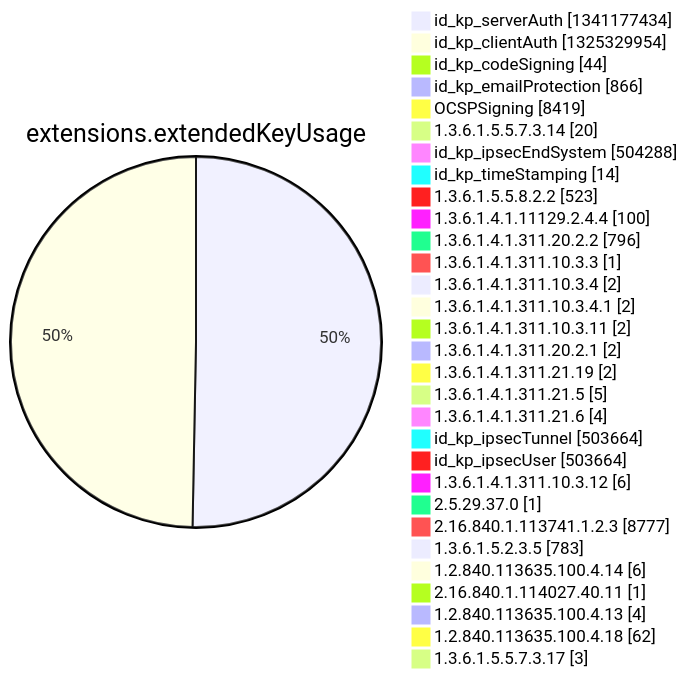
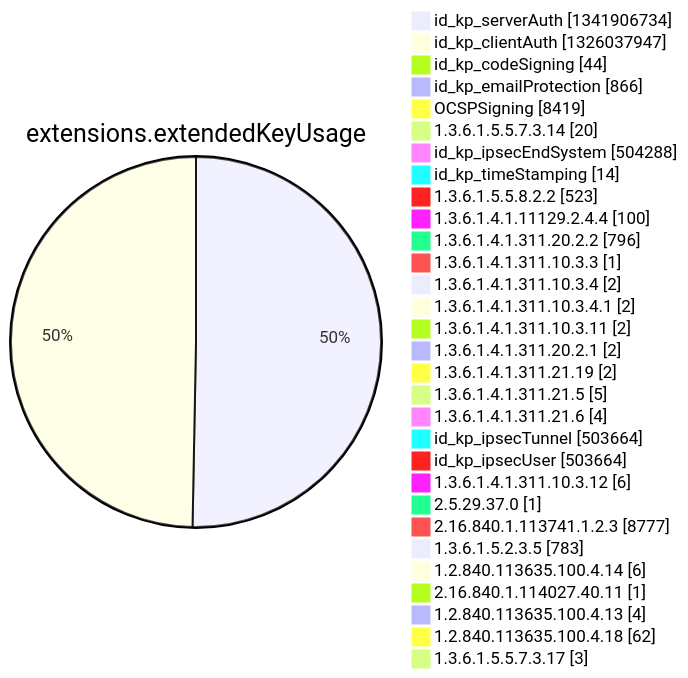
Diagram 12 of 15 in argon2022/README.md (christiankrug/ctmonitor_visualization), drawn with Mermaid before and after one commit. The commit also changed other lines of this file, not shown here.

````diff
--- a/argon2022/README.md
+++ b/argon2022/README.md
@@ -3553,34 +3553,34 @@
 ```mermaid
 pie showData
 title extensions.extendedKeyUsage
-"id_kp_serverAuth" :1341177434
-"id_kp_clientAuth" :1325329954
+"id_kp_serverAuth" :1341906734
+"id_kp_clientAuth" :1326037947
 "id_kp_codeSigning" :44
 "id_kp_emailProtection" :866
 "OCSPSigning" :8419
 "1.3.6.1.5.5.7.3.14" :20
 "id_kp_ipsecEndSystem" :504288
 "id_kp_timeStamping" :14
 "1.3.6.1.5.5.8.2.2" :523
 "1.3.6.1.4.1.11129.2.4.4" :100
 "1.3.6.1.4.1.311.20.2.2" :796
 "1.3.6.1.4.1.311.10.3.3" :1
 "1.3.6.1.4.1.311.10.3.4" :2
 "1.3.6.1.4.1.311.10.3.4.1" :2
 "1.3.6.1.4.1.311.10.3.11" :2
 "1.3.6.1.4.1.311.20.2.1" :2
 "1.3.6.1.4.1.311.21.19" :2
 "1.3.6.1.4.1.311.21.5" :5
 "1.3.6.1.4.1.311.21.6" :4
 "id_kp_ipsecTunnel" :503664
 "id_kp_ipsecUser" :503664
 "1.3.6.1.4.1.311.10.3.12" :6
 "2.5.29.37.0" :1
 "2.16.840.1.113741.1.2.3" :8777
 "1.3.6.1.5.2.3.5" :783
 "1.2.840.113635.100.4.14" :6
 "2.16.840.1.114027.40.11" :1
 "1.2.840.113635.100.4.13" :4
 "1.2.840.113635.100.4.18" :62
 "1.3.6.1.5.5.7.3.17" :3
 ```
````
